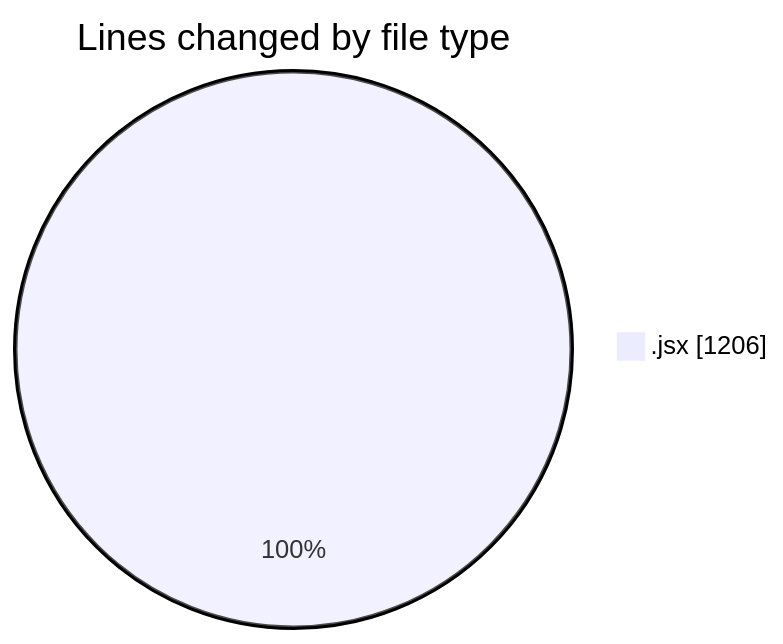
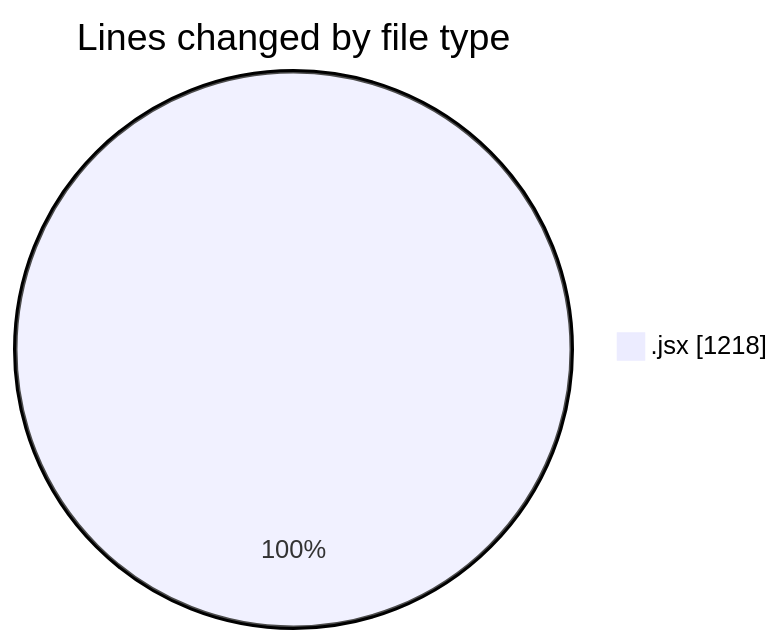
Before and after one commit to nxtqubesakshisongat/code-tracking: the first of 2 diagrams in 2025-11-19/nxtqube_webapp/README.md, drawn with Mermaid. The commit also changed other lines of this file and 1 other file, not shown here.

````diff
--- a/2025-11-19/nxtqube_webapp/README.md
+++ b/2025-11-19/nxtqube_webapp/README.md
@@ -20,5 +20,5 @@
 ```mermaid
 pie showData
 title Lines changed by file type
-".jsx" : 1206
+".jsx" : 1218
 ```
````
